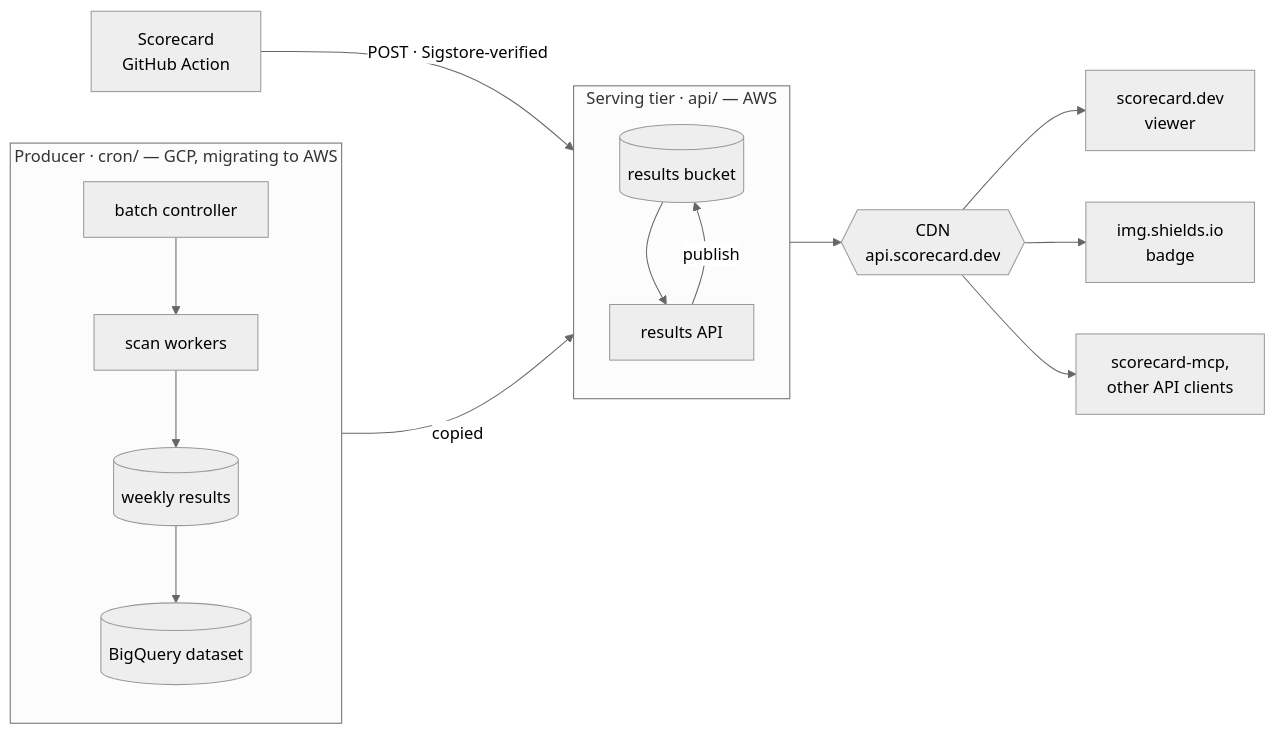
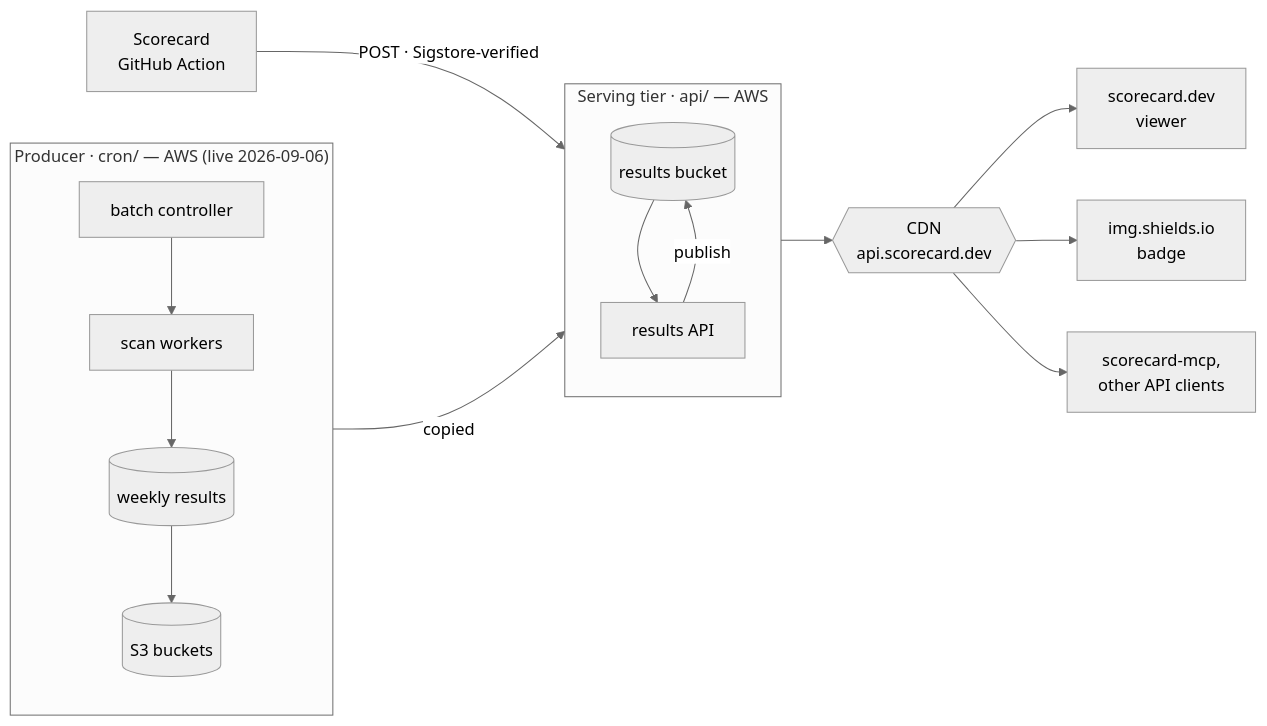
The diagram in README.md (justaugustus/scorecard-infra), drawn with Mermaid (neutral theme) before and after one commit. The commit also changed other lines of this file and 3 other files, not shown here.

````diff
--- a/README.md
+++ b/README.md
@@ -57,26 +57,26 @@
 ```mermaid
 flowchart LR
     ACT["Scorecard<br/>GitHub Action"]
 
-    subgraph produce["Producer · cron/ — GCP, migrating to AWS"]
+    subgraph produce["Producer · cron/ — AWS (live 2026-09-06)"]
         direction TB
         CTL["batch controller"] --> WKR["scan workers"]
         WKR --> COR[("weekly results")]
-        COR --> BQ[("BigQuery dataset")]
+        COR --> S3[("S3 buckets")]
     end
 
     subgraph serve["Serving tier · api/ — AWS"]
         direction TB
         BKT[("results bucket")]
         API["results API"]
         BKT --> API
         API -- "publish" --> BKT
     end
 
     COR -- "copied" --> BKT
     ACT -- "POST · Sigstore-verified" --> API
     API --> CDN{{"CDN<br/>api.scorecard.dev"}}
     CDN --> VW["scorecard.dev<br/>viewer"]
     CDN --> BDG["img.shields.io<br/>badge"]
     CDN --> MCP["scorecard-mcp,<br/>other API clients"]
 ```
````
